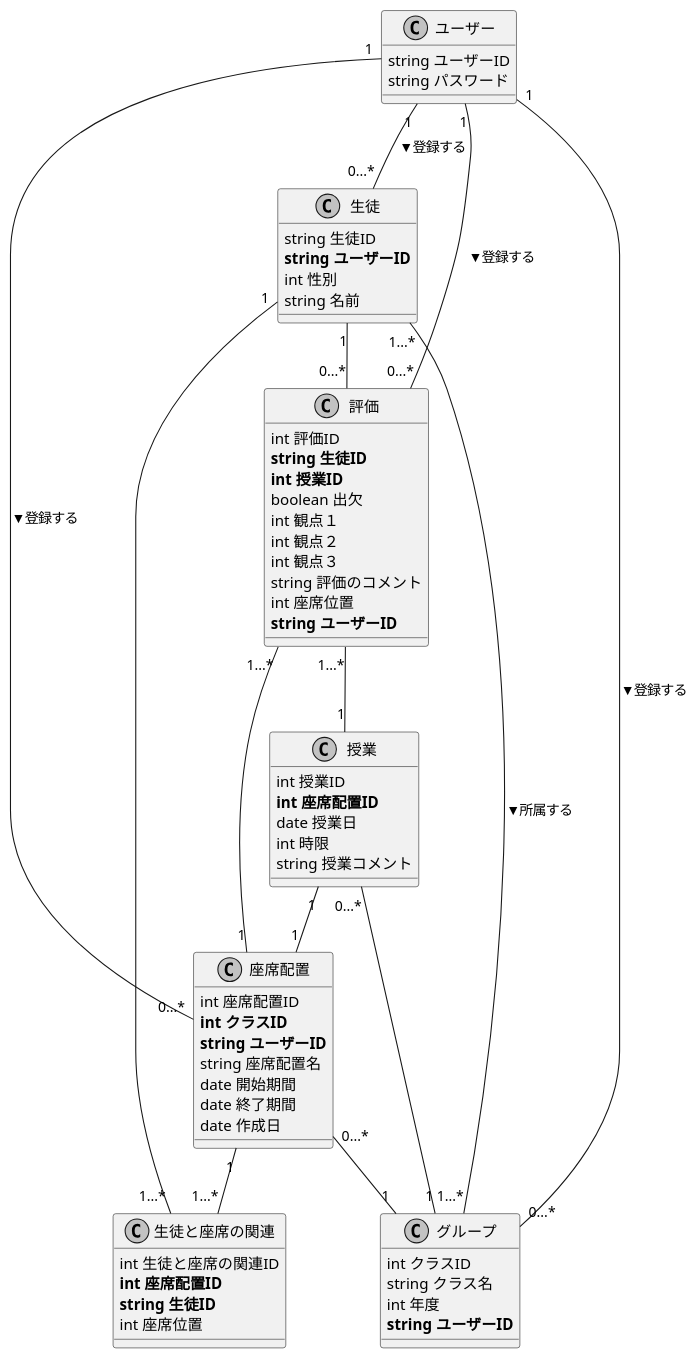
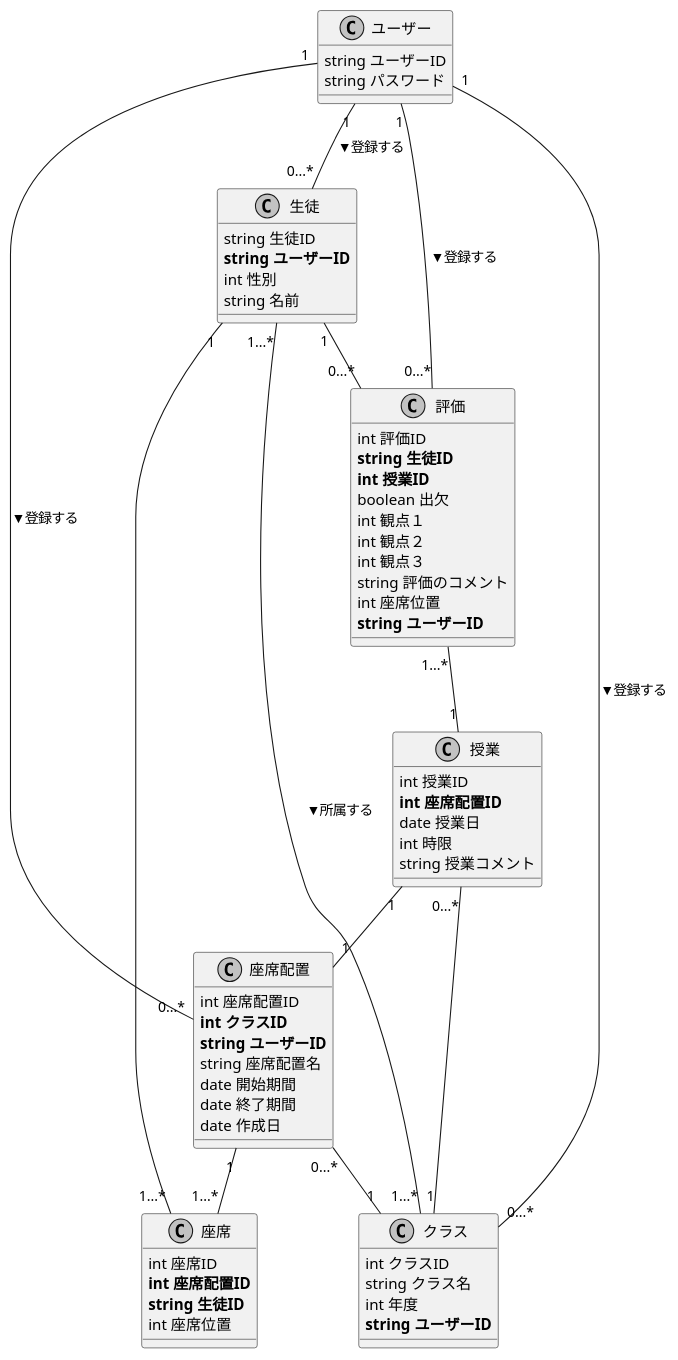
One commit to hatosableSAN/KTaNE-Expertingweb changed the diagram in docs/class.pu. Above: the diagram before and after it, drawn with PlantUML. The commit also changed 1 other file, not shown here.

```diff
--- a/docs/class.pu
+++ b/docs/class.pu
@@ -1,78 +1,77 @@
 @startuml class_diagram
 skinparam monochrome true
 skinparam shadowing false
 ' クラスを定義
 
 class ユーザー{
     string ユーザーID
     string パスワード
 }
 
 class 生徒{
     string 生徒ID
     **string ユーザーID**
     int 性別
     string 名前
 }
-class グループ{
+class クラス{
     int クラスID
     string クラス名
     int 年度
     **string ユーザーID**
 }
 
 class 座席配置{
     int 座席配置ID
     **int クラスID**
     **string ユーザーID**
     string 座席配置名
     date 開始期間
     date 終了期間
     date 作成日
 }
-class 生徒と座席の関連{
-    int 生徒と座席の関連ID
+class 座席{
+    int 座席ID
     **int 座席配置ID**
     **string 生徒ID**
     int 座席位置
 }
 class 評価{
     int 評価ID
     **string 生徒ID**
     **int 授業ID**
     boolean 出欠
     int 観点１
     int 観点２
     int 観点３
     string 評価のコメント
     int 座席位置
     **string ユーザーID**
 }
 
 class 授業{
     int 授業ID
     **int 座席配置ID**
     date 授業日
     int 時限
     string 授業コメント
 }
 
 
 ' 関係を定義
 'left to right direction
 
-座席配置 "1"--"1...*" 生徒と座席の関連
+座席配置 "1"--"1...*" 座席
 評価 "1...*" -- "1"  授業
-生徒 "1...*" -- "1...*" グループ :▼所属する
+生徒 "1...*" -- "1...*" クラス :▼所属する
 生徒"1" -- "0...*" 評価
 ユーザー"1" -- "0...*" 生徒 :▼登録する
 ユーザー"1" -- "0...*" 座席配置 :▼登録する
-ユーザー"1" -- "0...*" グループ :▼登録する
-座席配置 "0...*" -- "1"グループ
-生徒と座席の関連 "1...*" -- "1" 生徒
+ユーザー"1" -- "0...*" クラス :▼登録する
+座席配置 "0...*" -- "1"クラス
+座席 "1...*" -- "1" 生徒
 評価 "0...*" -- "1" ユーザー :▼登録する
-授業 "0...*"-- "1"グループ
-座席配置 "1"--"1...*" 評価
+授業 "0...*"-- "1"クラス
 授業 "1"-- "1" 座席配置
 ' umlの終了を宣言
 @enduml
```
